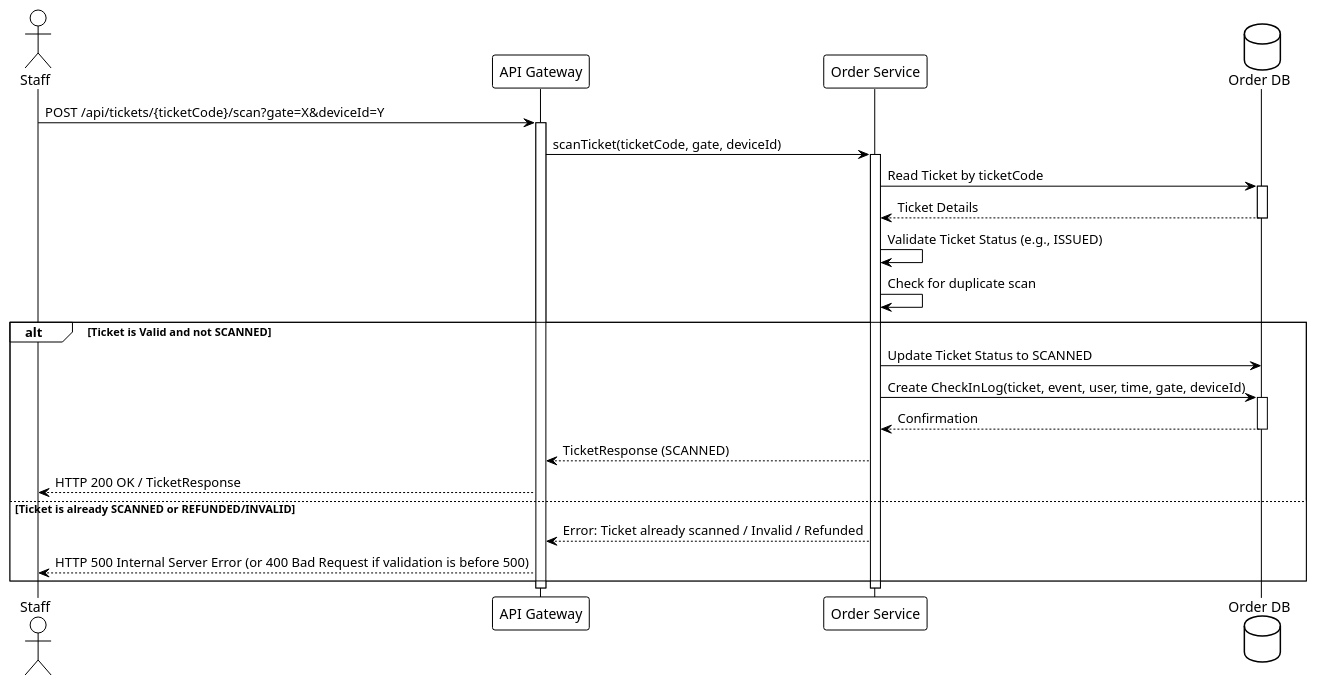
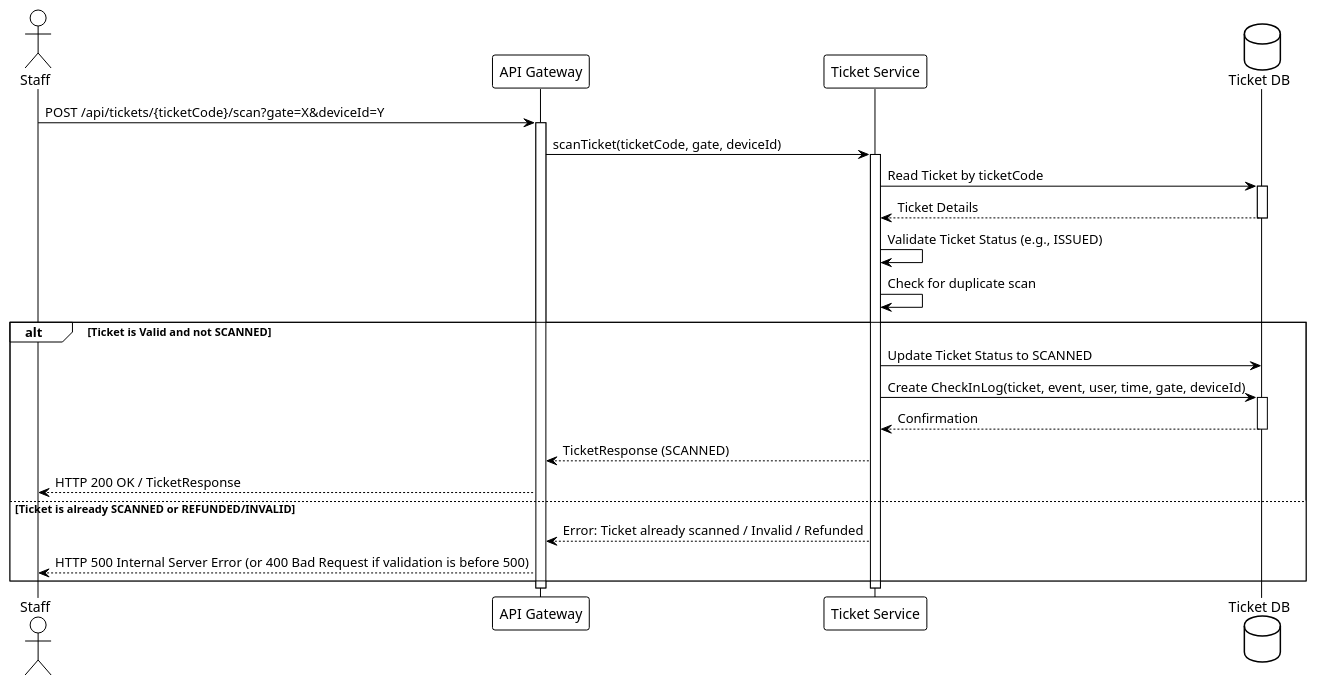
One commit to siro332/ticket-store-backend changed the diagram in diagrams/sequence_checkin.puml. Above: the diagram before and after it, drawn with PlantUML. The commit also changed 15 other files, not shown here.

```diff
--- a/diagrams/sequence_checkin.puml
+++ b/diagrams/sequence_checkin.puml
@@ -1,32 +1,32 @@
 @startuml
 !theme plain
 actor Staff
 participant "API Gateway" as Gateway
-participant "Order Service" as Order
-database "Order DB" as OrderDB
+participant "Ticket Service" as TicketService
+database "Ticket DB" as TicketDB
 
 Staff -> Gateway : POST /api/tickets/{ticketCode}/scan?gate=X&deviceId=Y
 activate Gateway
-Gateway -> Order : scanTicket(ticketCode, gate, deviceId)
-activate Order
-Order -> OrderDB : Read Ticket by ticketCode
-activate OrderDB
-OrderDB --> Order : Ticket Details
-deactivate OrderDB
-Order -> Order : Validate Ticket Status (e.g., ISSUED)
-Order -> Order : Check for duplicate scan
+Gateway -> TicketService : scanTicket(ticketCode, gate, deviceId)
+activate TicketService
+TicketService -> TicketDB : Read Ticket by ticketCode
+activate TicketDB
+TicketDB --> TicketService : Ticket Details
+deactivate TicketDB
+TicketService -> TicketService : Validate Ticket Status (e.g., ISSUED)
+TicketService -> TicketService : Check for duplicate scan
 alt Ticket is Valid and not SCANNED
-    Order -> OrderDB : Update Ticket Status to SCANNED
-    Order -> OrderDB : Create CheckInLog(ticket, event, user, time, gate, deviceId)
-    activate OrderDB
-    OrderDB --> Order : Confirmation
-    deactivate OrderDB
-    Order --> Gateway : TicketResponse (SCANNED)
+    TicketService -> TicketDB : Update Ticket Status to SCANNED
+    TicketService -> TicketDB : Create CheckInLog(ticket, event, user, time, gate, deviceId)
+    activate TicketDB
+    TicketDB --> TicketService : Confirmation
+    deactivate TicketDB
+    TicketService --> Gateway : TicketResponse (SCANNED)
     Gateway --> Staff : HTTP 200 OK / TicketResponse
 else Ticket is already SCANNED or REFUNDED/INVALID
-    Order --> Gateway : Error: Ticket already scanned / Invalid / Refunded
+    TicketService --> Gateway : Error: Ticket already scanned / Invalid / Refunded
     Gateway --> Staff : HTTP 500 Internal Server Error (or 400 Bad Request if validation is before 500)
 end
-deactivate Order
+deactivate TicketService
 deactivate Gateway
 @enduml
```
